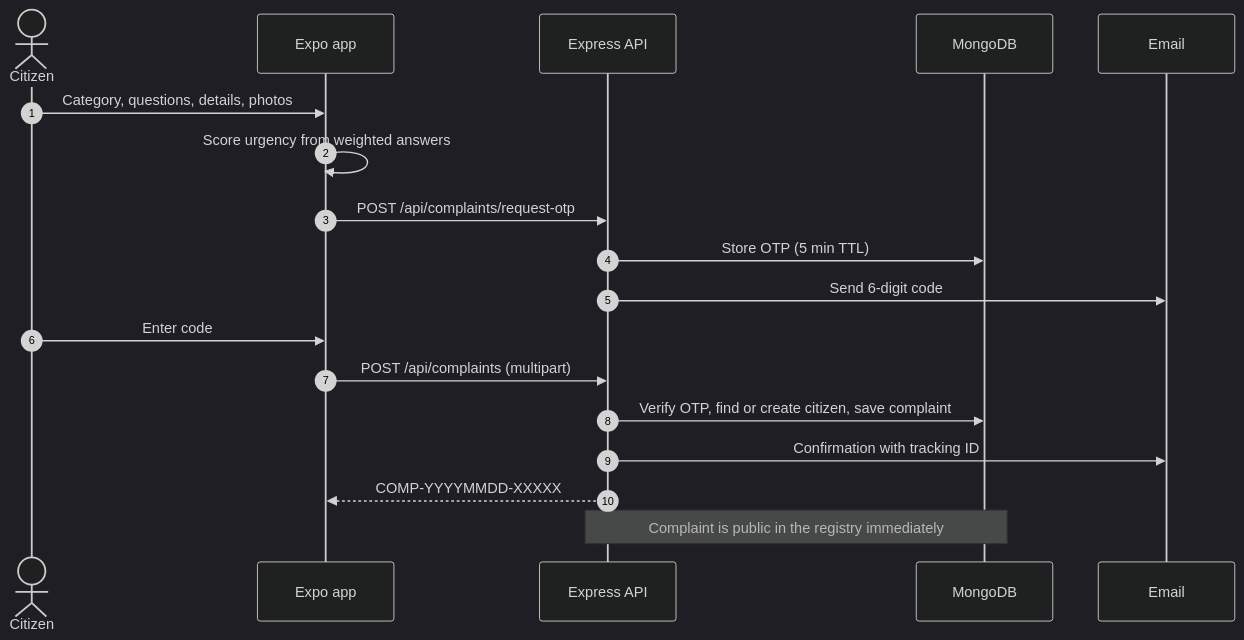
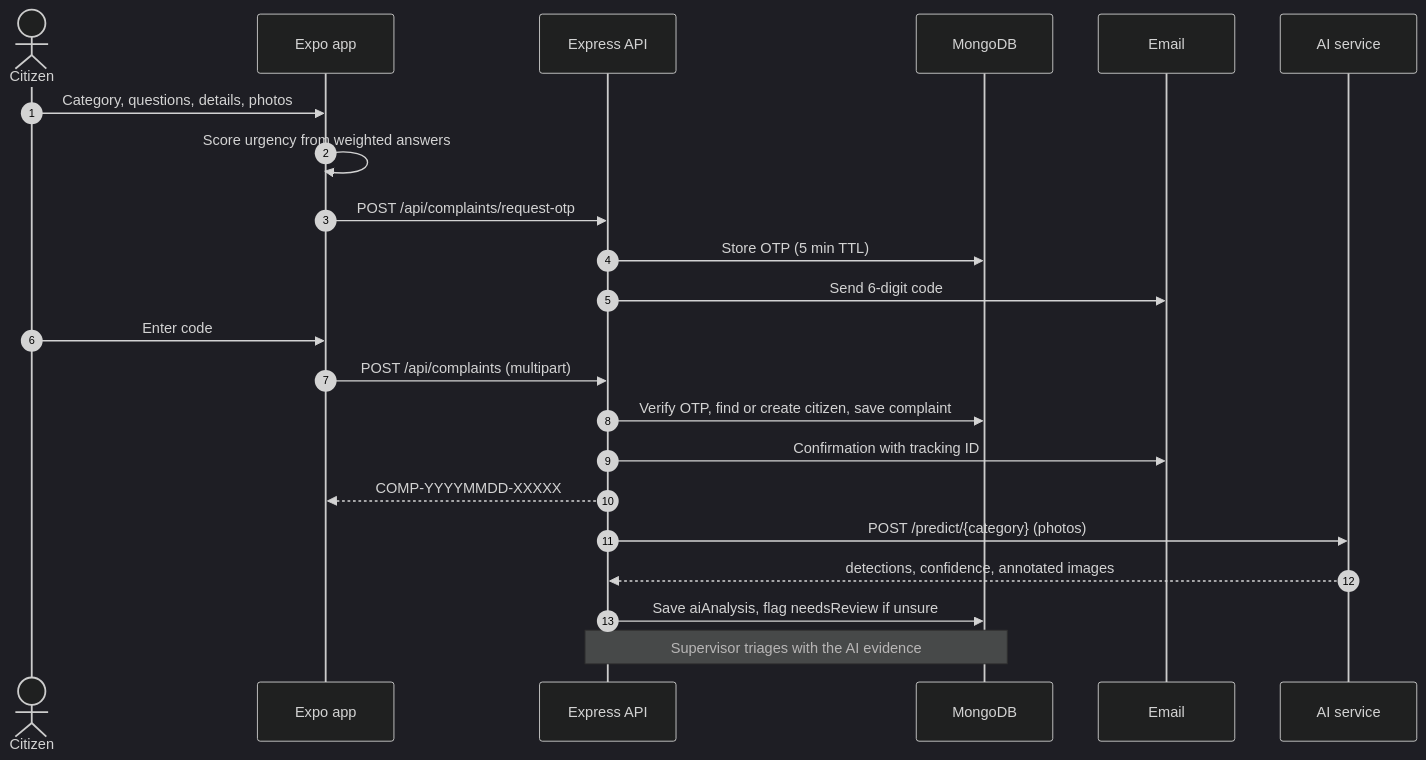
One commit to pizzaparth/urbanfix changed the first of 2 diagrams in README.md. Above: the diagram before and after it, drawn with Mermaid (dark theme). The commit also changed other lines of this file and 11 other files, not shown here.

````diff
--- a/README.md
+++ b/README.md
@@ -187,21 +206,25 @@
 ```mermaid
 sequenceDiagram
     autonumber
     actor C as Citizen
     participant A as Expo app
     participant B as Express API
     participant M as MongoDB
     participant E as Email
+    participant AI as AI service
 
     C->>A: Category, questions, details, photos
     A->>A: Score urgency from weighted answers
     A->>B: POST /api/complaints/request-otp
     B->>M: Store OTP (5 min TTL)
     B->>E: Send 6-digit code
     C->>A: Enter code
     A->>B: POST /api/complaints (multipart)
     B->>M: Verify OTP, find or create citizen, save complaint
     B->>E: Confirmation with tracking ID
     B-->>A: COMP-YYYYMMDD-XXXXX
-    Note over B,M: Complaint is public in the registry immediately
+    B->>AI: POST /predict/{category} (photos)
+    AI-->>B: detections, confidence, annotated images
+    B->>M: Save aiAnalysis, flag needsReview if unsure
+    Note over B,M: Supervisor triages with the AI evidence
 ```
````
